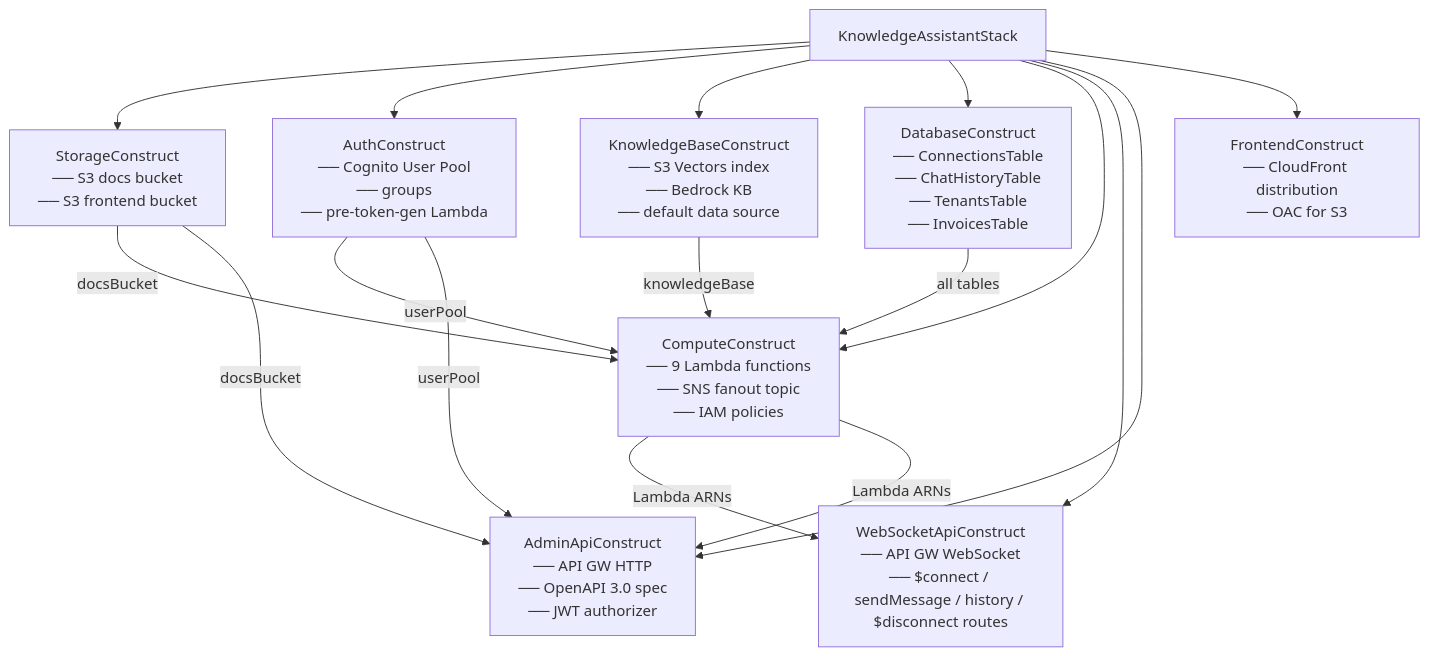
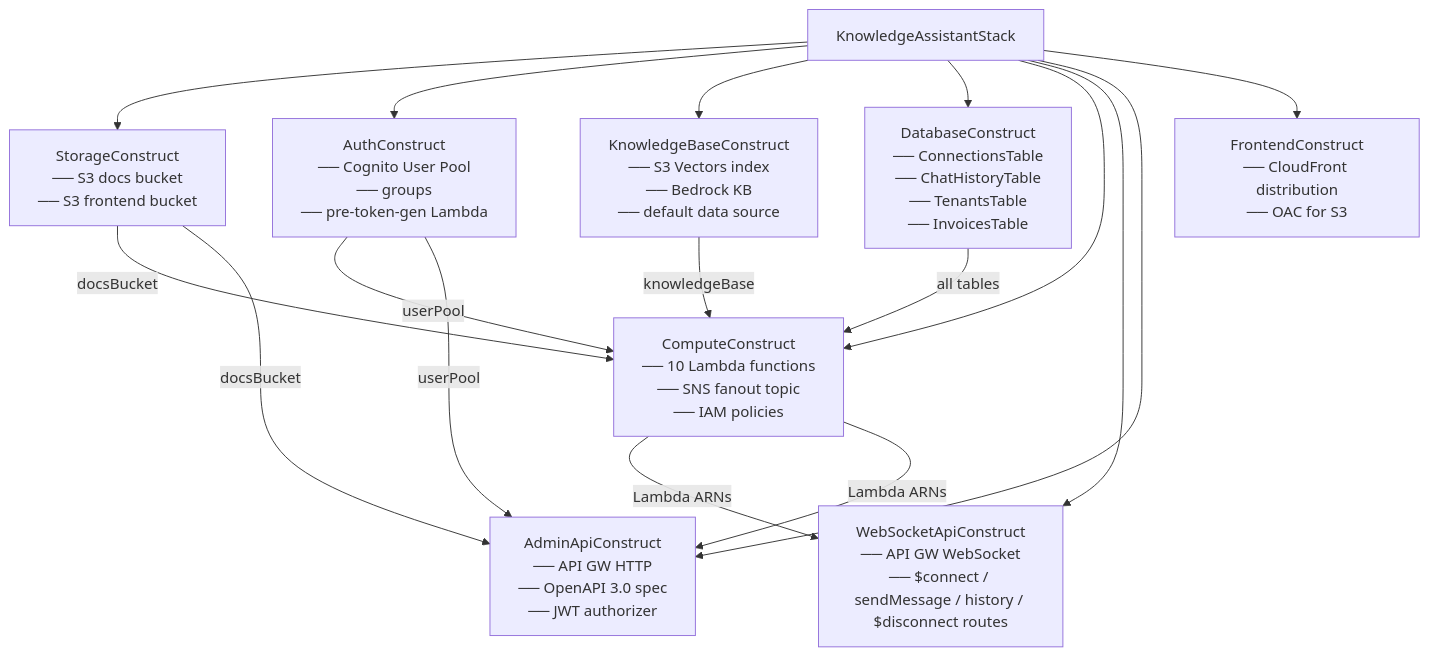
One commit to effectivegenie/knowledge-assistant changed the fourth of 5 diagrams in docs/architecture.md. Above: the diagram before and after it, drawn with Mermaid. The commit also changed other lines of this file and 3 other files, not shown here.

````diff
--- a/docs/architecture.md
+++ b/docs/architecture.md
@@ -134,22 +140,22 @@
 ```mermaid
 graph TD
     Stack["KnowledgeAssistantStack"]
 
     Stack --> Storage["StorageConstruct\n── S3 docs bucket\n── S3 frontend bucket"]
     Stack --> Auth["AuthConstruct\n── Cognito User Pool\n── groups\n── pre-token-gen Lambda"]
     Stack --> KB["KnowledgeBaseConstruct\n── S3 Vectors index\n── Bedrock KB\n── default data source"]
     Stack --> DB["DatabaseConstruct\n── ConnectionsTable\n── ChatHistoryTable\n── TenantsTable\n── InvoicesTable"]
-    Stack --> Compute["ComputeConstruct\n── 9 Lambda functions\n── SNS fanout topic\n── IAM policies"]
+    Stack --> Compute["ComputeConstruct\n── 10 Lambda functions\n── SNS fanout topic\n── IAM policies"]
     Stack --> WS["WebSocketApiConstruct\n── API GW WebSocket\n── $connect / sendMessage / history / $disconnect routes"]
     Stack --> API["AdminApiConstruct\n── API GW HTTP\n── OpenAPI 3.0 spec\n── JWT authorizer"]
     Stack --> FE["FrontendConstruct\n── CloudFront distribution\n── OAC for S3"]
 
     Storage -->|docsBucket| Compute
     Storage -->|docsBucket| API
     Auth -->|userPool| Compute
     Auth -->|userPool| API
     KB -->|knowledgeBase| Compute
     DB -->|all tables| Compute
     Compute -->|Lambda ARNs| WS
     Compute -->|Lambda ARNs| API
 ```
````
